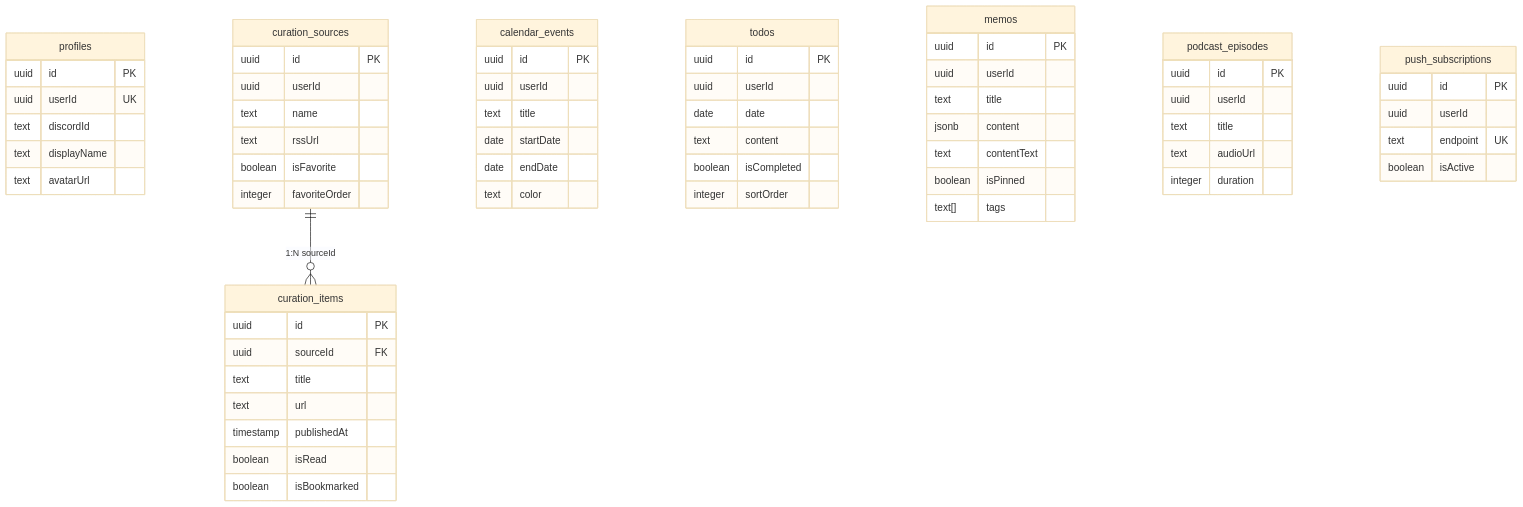
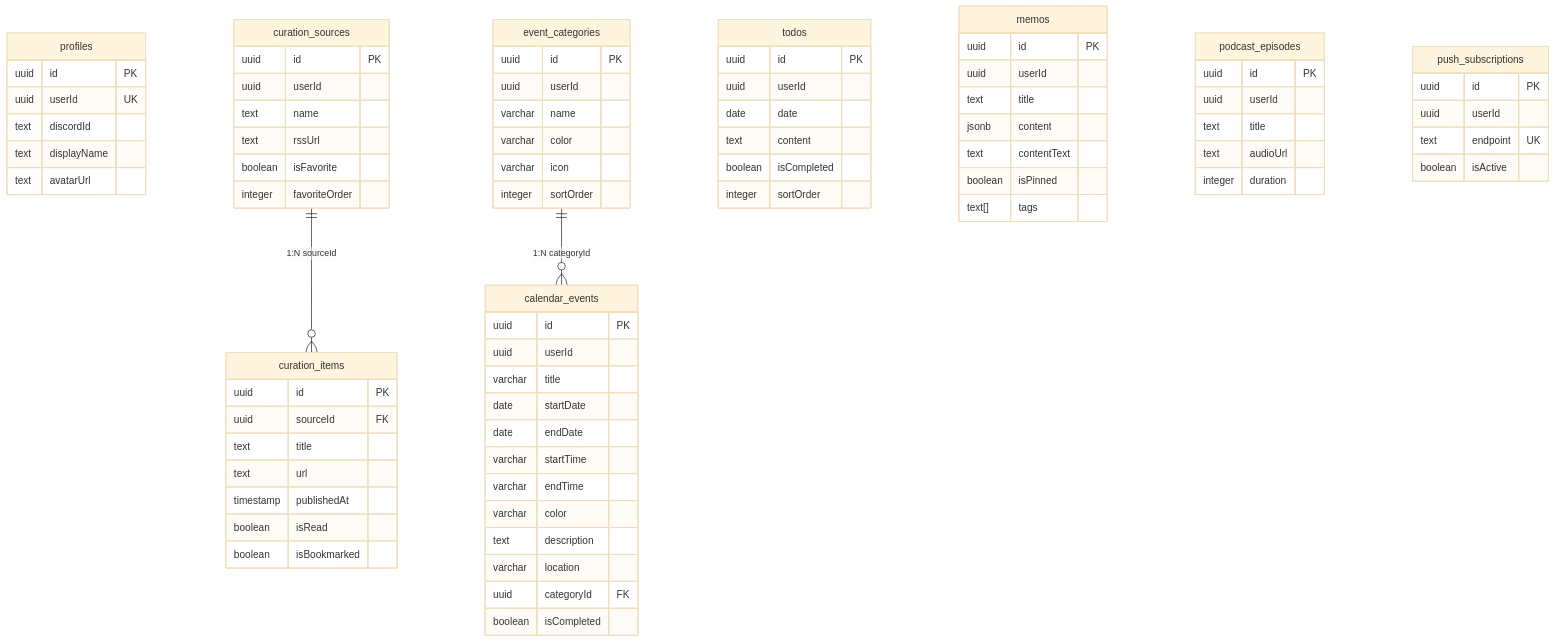
Before and after one commit to bbbang105/forme: the fourth of 4 diagrams in docs/ARCHITECTURE.md, drawn with Mermaid (base theme). The commit also changed other lines of this file and 21 other files, not shown here.

````diff
--- a/docs/ARCHITECTURE.md
+++ b/docs/ARCHITECTURE.md
@@ -206,13 +206,28 @@
     boolean isBookmarked
   }
 
+  event_categories {
+    uuid id PK
+    uuid userId
+    varchar name
+    varchar color
+    varchar icon
+    integer sortOrder
+  }
+
   calendar_events {
     uuid id PK
     uuid userId
-    text title
+    varchar title
     date startDate
     date endDate
-    text color
+    varchar startTime
+    varchar endTime
+    varchar color
+    text description
+    varchar location
+    uuid categoryId FK
+    boolean isCompleted
   }
 
   todos {
@@ -250,4 +265,5 @@
   }
 
   curation_sources ||--o{ curation_items : "1:N sourceId"
+  event_categories ||--o{ calendar_events : "1:N categoryId"
 ```
````
